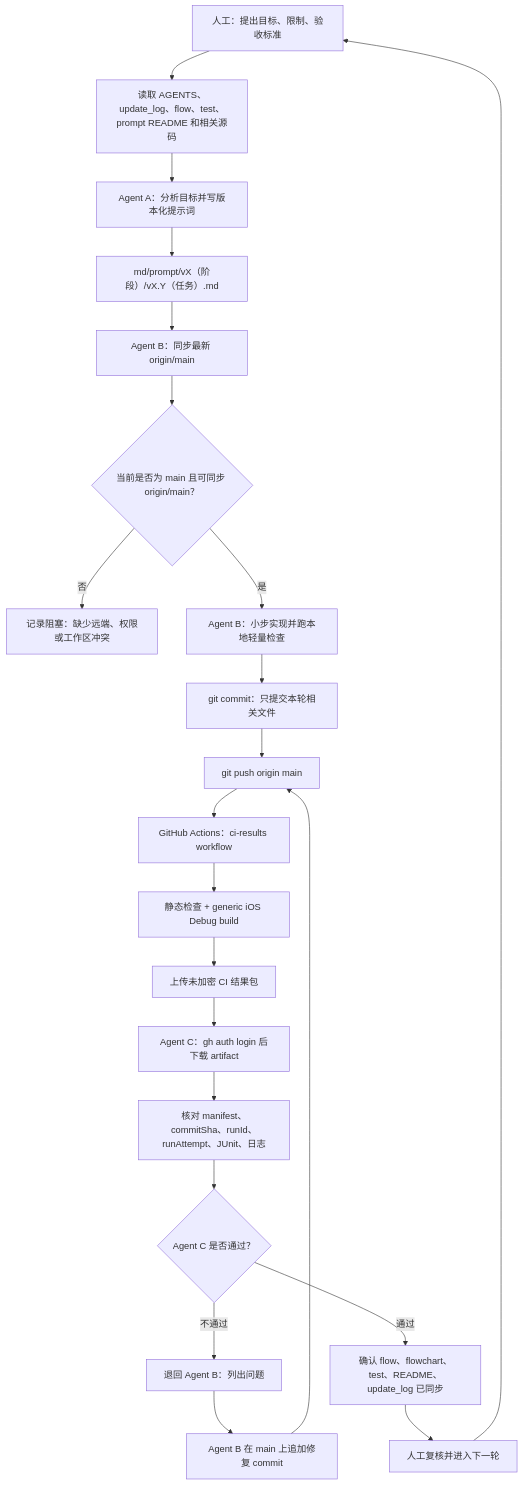
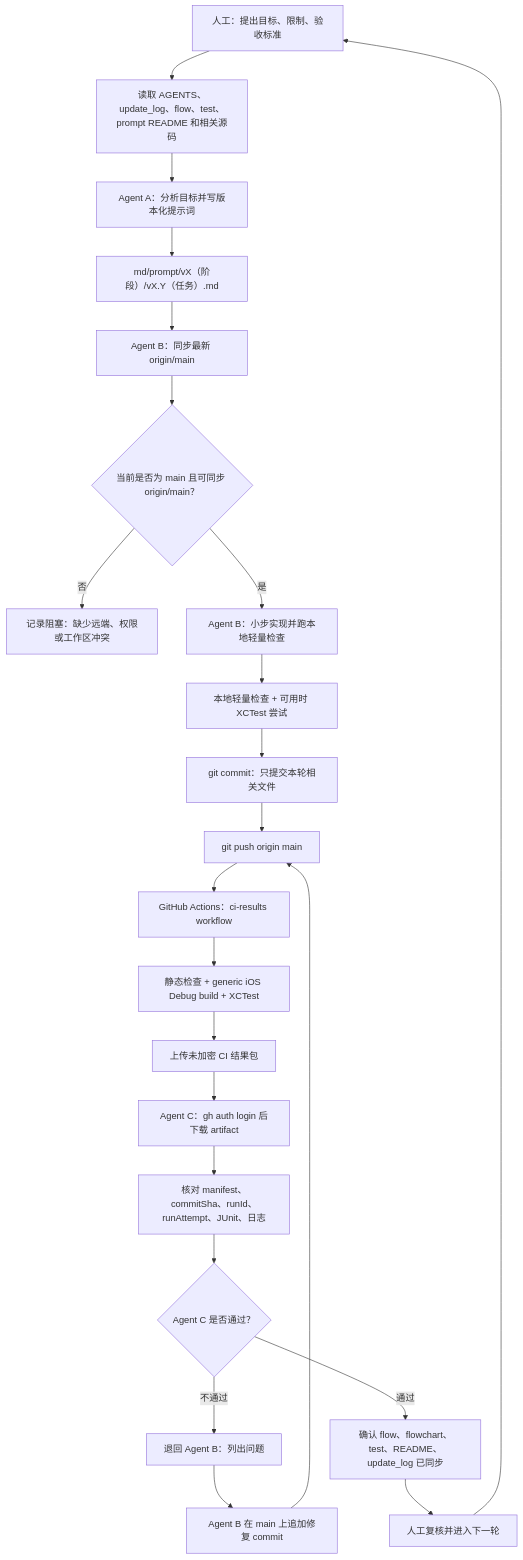
The fourth of 5 diagrams in md/flow/flowchart.md (Altman-sam114/117), drawn with Mermaid before and after one commit. The commit also changed other lines of this file and 14 other files, not shown here.

````diff
--- a/md/flow/flowchart.md
+++ b/md/flow/flowchart.md
@@ -88,24 +88,25 @@
 ```mermaid
 flowchart TD
   Human["人工：提出目标、限制、验收标准"] --> Context["读取 AGENTS、update_log、flow、test、prompt README 和相关源码"]
   Context --> AgentA["Agent A：分析目标并写版本化提示词"]
   AgentA --> Prompt["md/prompt/vX（阶段）/vX.Y（任务）.md"]
   Prompt --> AgentBStart["Agent B：同步最新 origin/main"]
   AgentBStart --> MainOK{"当前是否为 main 且可同步 origin/main？"}
   MainOK -- "否" --> Blocked["记录阻塞：缺少远端、权限或工作区冲突"]
   MainOK -- "是" --> AgentBWork["Agent B：小步实现并跑本地轻量检查"]
-  AgentBWork --> Commit["git commit：只提交本轮相关文件"]
+  AgentBWork --> LocalTests["本地轻量检查 + 可用时 XCTest 尝试"]
+  LocalTests --> Commit["git commit：只提交本轮相关文件"]
   Commit --> Push["git push origin main"]
   Push --> Actions["GitHub Actions：ci-results workflow"]
-  Actions --> Checks["静态检查 + generic iOS Debug build"]
+  Actions --> Checks["静态检查 + generic iOS Debug build + XCTest"]
   Checks --> Artifact["上传未加密 CI 结果包"]
   Artifact --> AgentCDownload["Agent C：gh auth login 后下载 artifact"]
   AgentCDownload --> Verify["核对 manifest、commitSha、runId、runAttempt、JUnit、日志"]
   Verify --> Decision{"Agent C 是否通过？"}
   Decision -- "不通过" --> ReturnB["退回 Agent B：列出问题"]
   ReturnB --> FixCommit["Agent B 在 main 上追加修复 commit"]
   FixCommit --> Push
   Decision -- "通过" --> UpdateDocs["确认 flow、flowchart、test、README、update_log 已同步"]
   UpdateDocs --> HumanReview["人工复核并进入下一轮"]
   HumanReview --> Human
 ```
````
